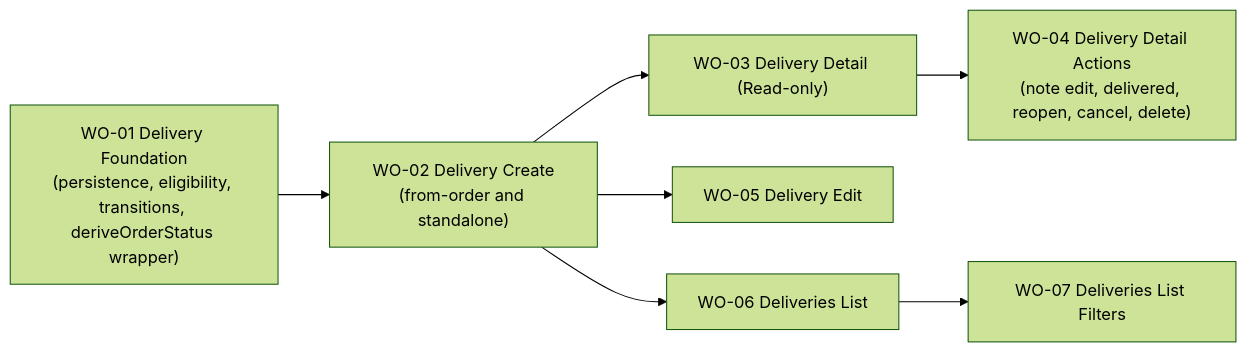
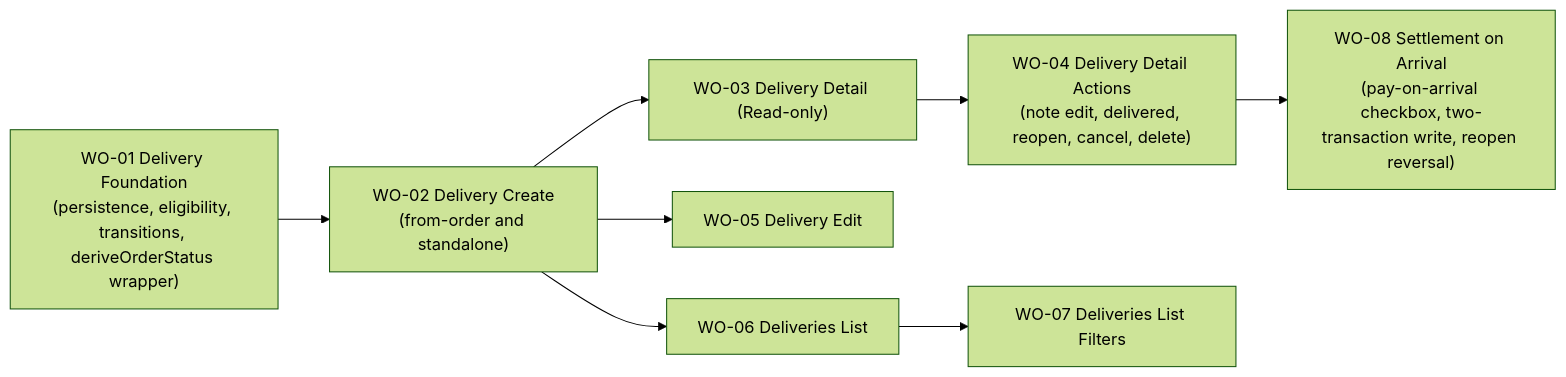
One commit to MineiToshio/PandaTrack changed the diagram in docs/product/prd-02-collector-app/frd-08-delivery-management/bp-01-delivery-management/bp-01-delivery-management.md. Above: the diagram before and after it, drawn with Mermaid (forest theme). The commit also changed other lines of this file and 184 other files, not shown here.

First line of the commit message:
feat: store-level reconciliation, settlement on arrival and E2E data guard

````diff
--- a/docs/product/prd-02-collector-app/frd-08-delivery-management/bp-01-delivery-management/bp-01-delivery-management.md
+++ b/docs/product/prd-02-collector-app/frd-08-delivery-management/bp-01-delivery-management/bp-01-delivery-management.md
@@ -145,17 +166,19 @@
 ```mermaid
 flowchart LR
   WO01["WO-01 Delivery Foundation<br/>(persistence, eligibility, transitions, deriveOrderStatus wrapper)"]
   WO02["WO-02 Delivery Create<br/>(from-order and standalone)"]
   WO03["WO-03 Delivery Detail (Read-only)"]
   WO04["WO-04 Delivery Detail Actions<br/>(note edit, delivered, reopen, cancel, delete)"]
   WO05["WO-05 Delivery Edit"]
   WO06["WO-06 Deliveries List"]
   WO07["WO-07 Deliveries List Filters"]
+  WO08["WO-08 Settlement on Arrival<br/>(pay-on-arrival checkbox, two-transaction write, reopen reversal)"]
 
   WO01 --> WO02
   WO02 --> WO03
   WO02 --> WO05
   WO02 --> WO06
   WO03 --> WO04
   WO06 --> WO07
+  WO04 --> WO08
 ```
````
